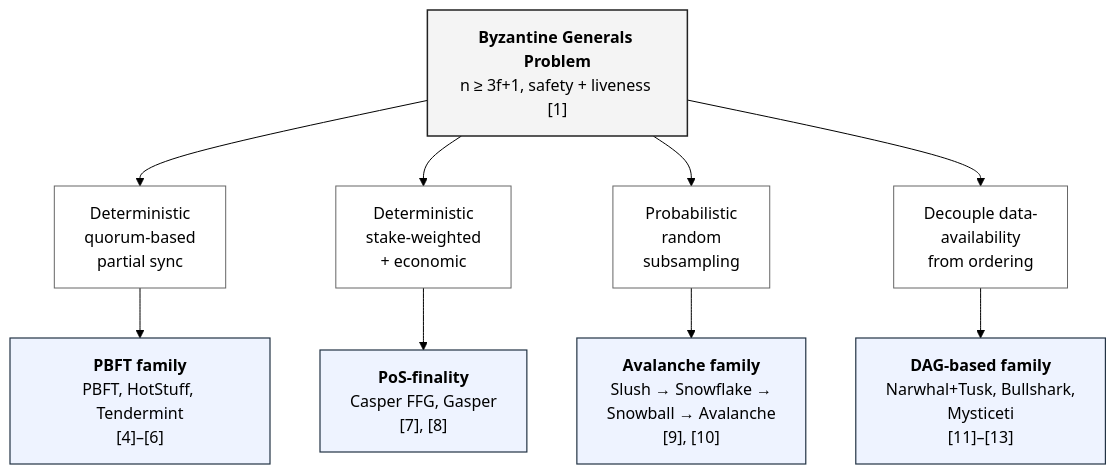
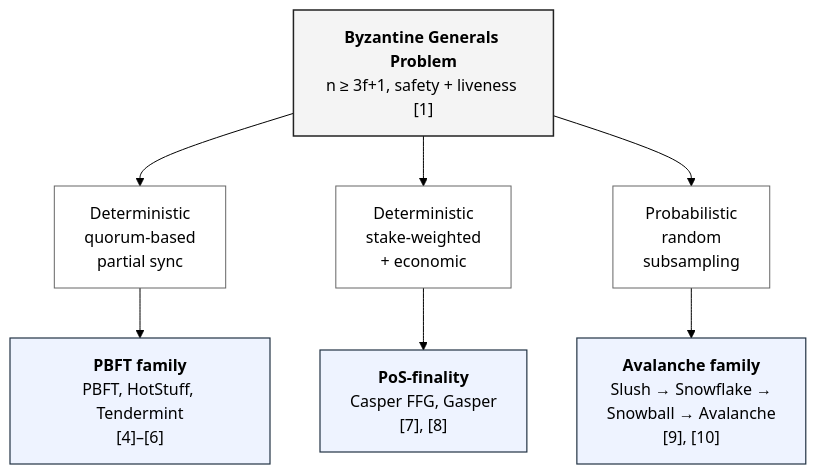
The diagram in wiki/diagrams/concepts/bft-families-tree.md (palhs/thesis), drawn with Mermaid (forest theme) before and after one commit. The commit also changed other lines of this file and 2 other files, not shown here.

First line of the commit message:
wiki: redraw bft-families-tree (Figure 2.1) to three families

````diff
--- a/wiki/diagrams/concepts/bft-families-tree.md
+++ b/wiki/diagrams/concepts/bft-families-tree.md
@@ -20,22 +20,20 @@
 ```mermaid
 flowchart TD
     BGP["<b>Byzantine Generals Problem</b><br/>n ≥ 3f+1, safety + liveness [1]"]
 
     BGP --> A["Deterministic<br/>quorum-based<br/>partial sync"]
     BGP --> B["Deterministic<br/>stake-weighted<br/>+ economic"]
     BGP --> C["Probabilistic<br/>random<br/>subsampling"]
-    BGP --> D["Decouple data-<br/>availability<br/>from ordering"]
 
     A --> A1["<b>PBFT family</b><br/>PBFT, HotStuff, Tendermint<br/>[4]–[6]"]
     B --> B1["<b>PoS-finality</b><br/>Casper FFG, Gasper<br/>[7], [8]"]
     C --> C1["<b>Avalanche family</b><br/>Slush → Snowflake →<br/>Snowball → Avalanche<br/>[9], [10]"]
-    D --> D1["<b>DAG-based family</b><br/>Narwhal+Tusk, Bullshark,<br/>Mysticeti<br/>[11]–[13]"]
 
     classDef root      fill:#f4f4f4,stroke:#222,stroke-width:1.5px,color:#000
     classDef concession fill:#ffffff,stroke:#666,stroke-width:1px,color:#000
     classDef family    fill:#eef3ff,stroke:#234,stroke-width:1.2px,color:#000
 
     class BGP root
-    class A,B,C,D concession
-    class A1,B1,C1,D1 family
+    class A,B,C concession
+    class A1,B1,C1 family
 ```
````
